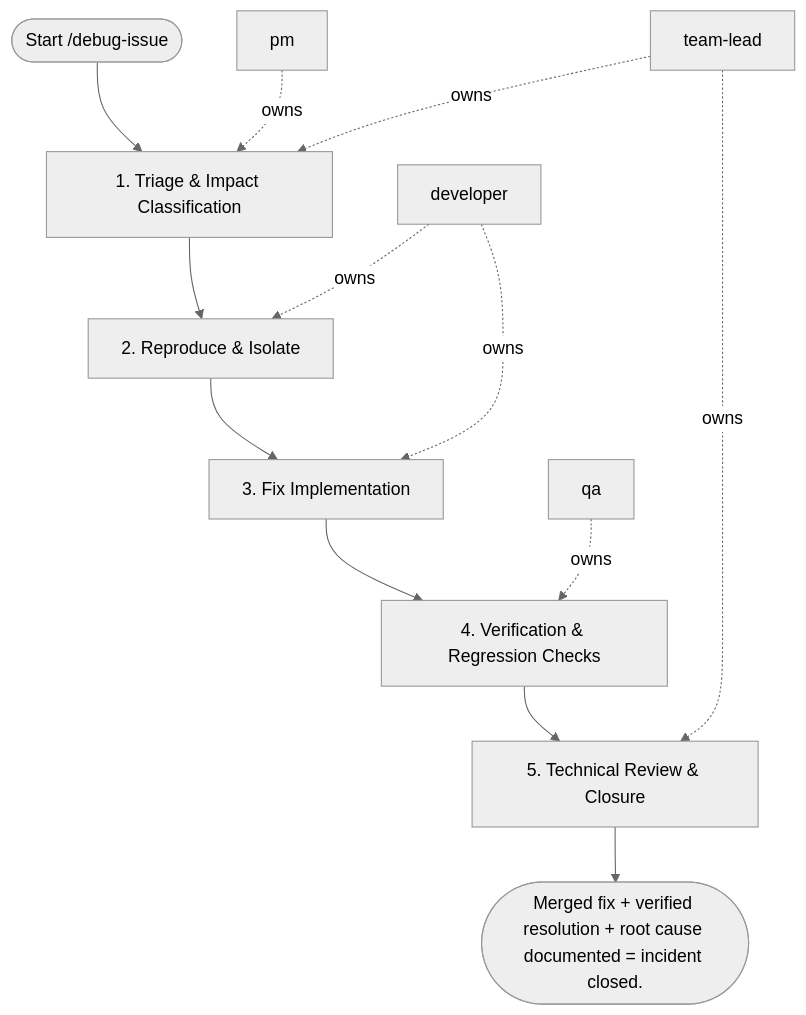
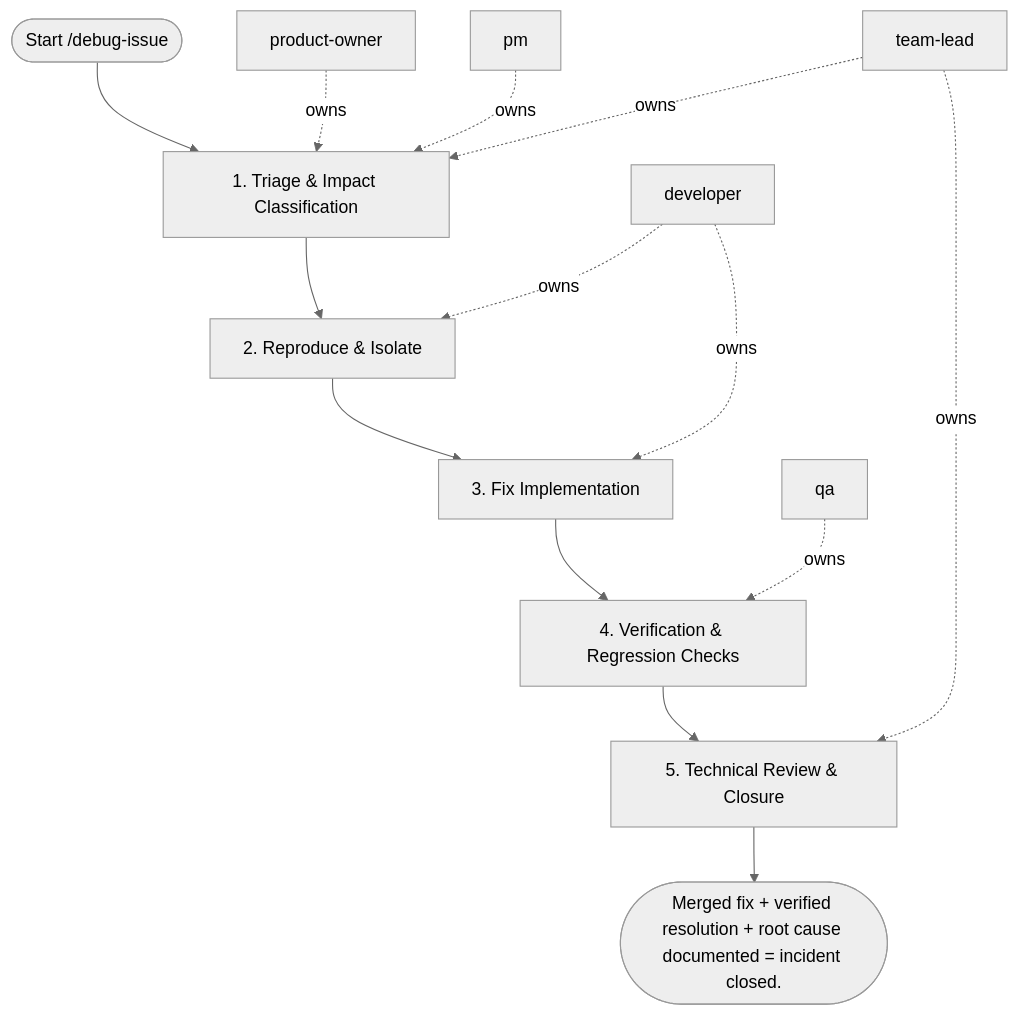
One commit to sawrus/agent-guides changed the diagram in areas/software/backend/workflows/debug-issue.md. Above: the diagram before and after it, drawn with Mermaid (neutral theme). The commit also changed other lines of this file and 76 other files, not shown here.

Commit message:
Standardize workflow product owner initiation

````diff
--- a/areas/software/backend/workflows/debug-issue.md
+++ b/areas/software/backend/workflows/debug-issue.md
@@ -79,26 +79,28 @@
 ```mermaid
 flowchart TD
   start(["Start /debug-issue"])
-  role_1["pm"]
-  role_2["team-lead"]
-  role_3["developer"]
-  role_4["qa"]
+  role_1["product-owner"]
+  role_2["pm"]
+  role_3["team-lead"]
+  role_4["developer"]
+  role_5["qa"]
   step_1["1. Triage & Impact Classification"]
   step_2["2. Reproduce & Isolate"]
   step_3["3. Fix Implementation"]
   step_4["4. Verification & Regression Checks"]
   step_5["5. Technical Review & Closure"]
   exit(["Merged fix + verified resolution + root cause documented = incident closed."])
   start --> step_1
   step_1 --> step_2
   step_2 --> step_3
   step_3 --> step_4
   step_4 --> step_5
   step_5 --> exit
   role_1 -. owns .-> step_1
   role_2 -. owns .-> step_1
-  role_3 -. owns .-> step_2
-  role_3 -. owns .-> step_3
-  role_4 -. owns .-> step_4
-  role_2 -. owns .-> step_5
+  role_3 -. owns .-> step_1
+  role_4 -. owns .-> step_2
+  role_4 -. owns .-> step_3
+  role_5 -. owns .-> step_4
+  role_3 -. owns .-> step_5
 ```
````
